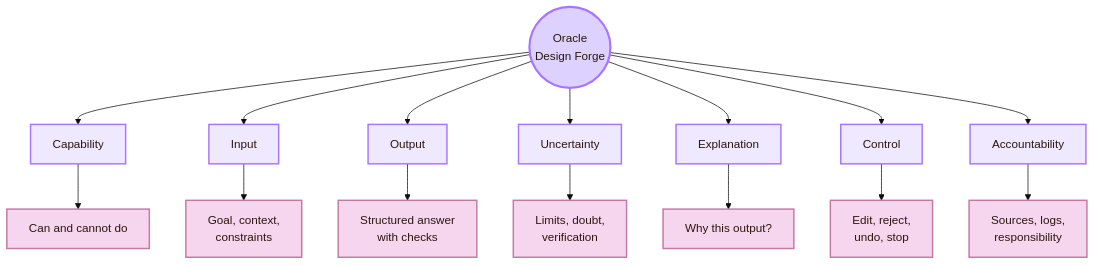
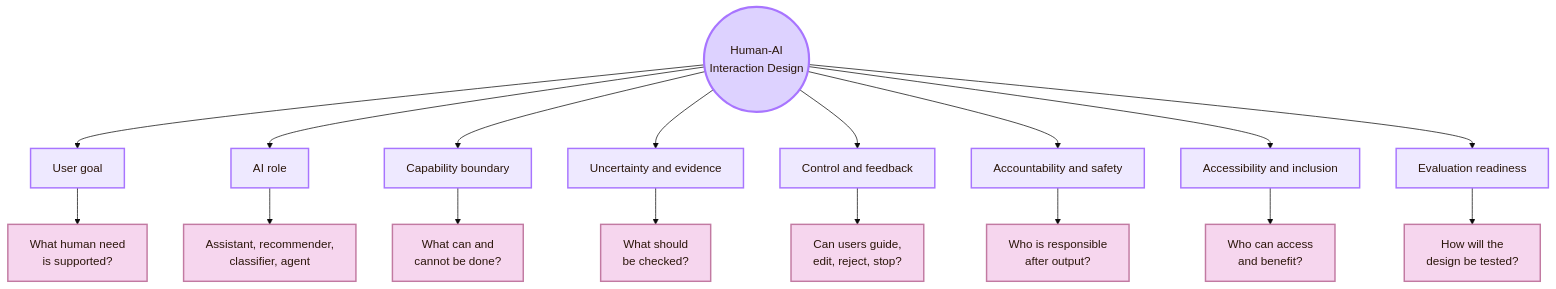
The first of 7 diagrams in 01_Core_Area_HCI/001_Subareas/05_Human_AI_Interaction/Activities/Design.md (andreitegzes06-ui/CogniShire), drawn with Mermaid (base theme) before and after one commit. The commit also changed other lines of this file and 131 other files, not shown here.

````diff
--- a/01_Core_Area_HCI/001_Subareas/05_Human_AI_Interaction/Activities/Design.md
+++ b/01_Core_Area_HCI/001_Subareas/05_Human_AI_Interaction/Activities/Design.md
@@ -72,28 +56,30 @@
 ```mermaid
 flowchart TB
-    A((Oracle<br/>Design Forge))
+    A((Human-AI<br/>Interaction Design))
 
-    A --> B[Capability]
-    A --> C[Input]
-    A --> D[Output]
-    A --> E[Uncertainty]
-    A --> F[Explanation]
-    A --> G[Control]
-    A --> H[Accountability]
+    A --> B[User goal]
+    A --> C[AI role]
+    A --> D[Capability boundary]
+    A --> E[Uncertainty and evidence]
+    A --> F[Control and feedback]
+    A --> G[Accountability and safety]
+    A --> H[Accessibility and inclusion]
+    A --> I[Evaluation readiness]
 
-    B --> B1[Can and cannot do]
-    C --> C1[Goal, context,<br/>constraints]
-    D --> D1[Structured answer<br/>with checks]
-    E --> E1[Limits, doubt,<br/>verification]
-    F --> F1[Why this output?]
-    G --> G1[Edit, reject,<br/>undo, stop]
-    H --> H1[Sources, logs,<br/>responsibility]
+    B --> B1[What human need<br/>is supported?]
+    C --> C1[Assistant, recommender,<br/>classifier, agent]
+    D --> D1[What can and<br/>cannot be done?]
+    E --> E1[What should<br/>be checked?]
+    F --> F1[Can users guide,<br/>edit, reject, stop?]
+    G --> G1[Who is responsible<br/>after output?]
+    H --> H1[Who can access<br/>and benefit?]
+    I --> I1[How will the<br/>design be tested?]
 
     classDef center fill:#ddd2ff,stroke:#a875ff,color:#2b160b,stroke-width:3px;
     classDef node fill:#eee9ff,stroke:#a875ff,color:#2b160b,stroke-width:2px;
     classDef detail fill:#f6d6ee,stroke:#c27aa2,color:#2b160b,stroke-width:2px;
 
     class A center;
-    class B,C,D,E,F,G,H node;
-    class B1,C1,D1,E1,F1,G1,H1 detail;
+    class B,C,D,E,F,G,H,I node;
+    class B1,C1,D1,E1,F1,G1,H1,I1 detail;
 ```
````
